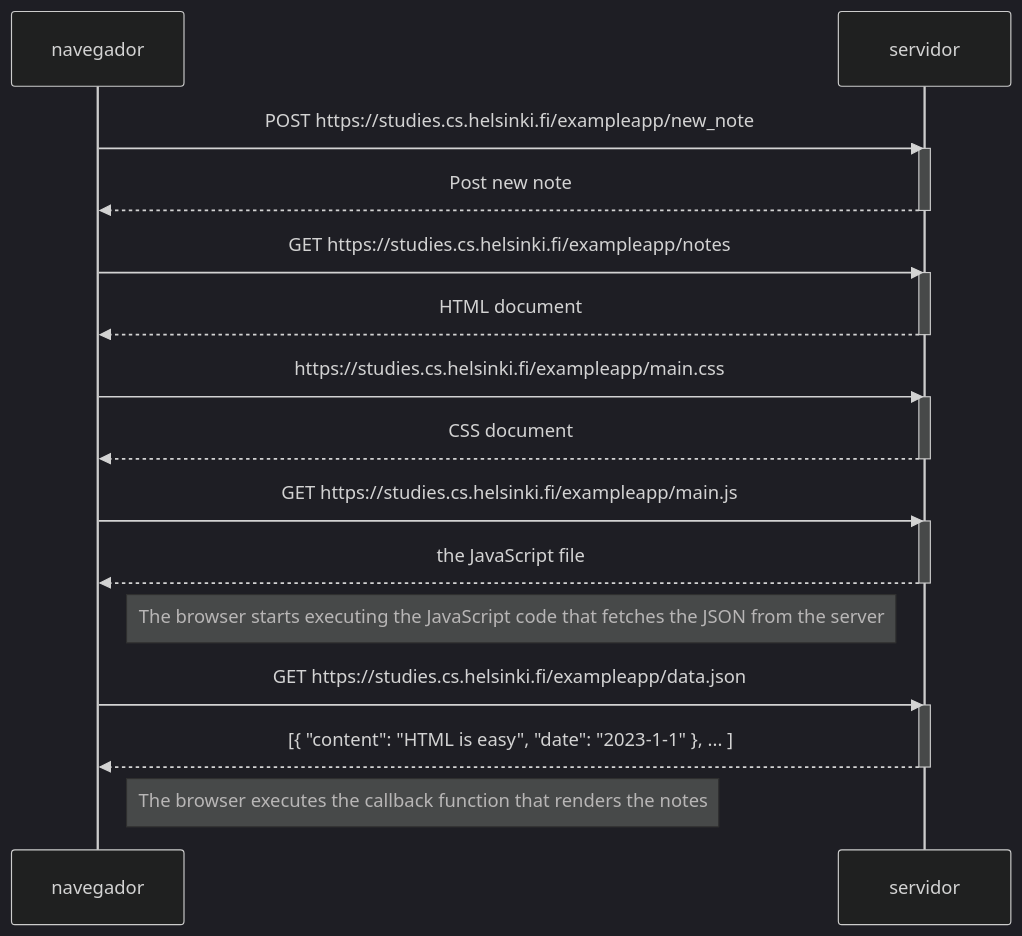
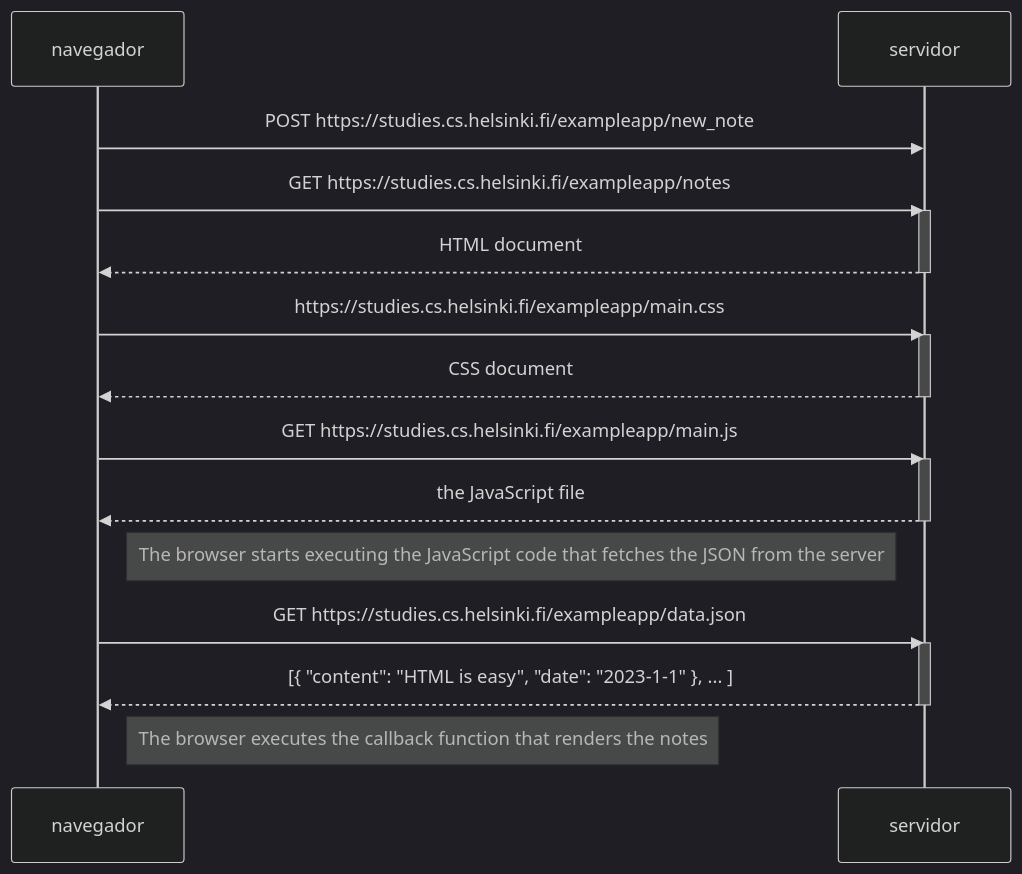
Before and after one commit to juancarloscalvo/fullstackopen: the diagram in part0/exercise-4.MD, drawn with Mermaid (dark theme).

````diff
--- a/part0/exercise-4.MD
+++ b/part0/exercise-4.MD
@@ -1,35 +1,31 @@
 ```mermaid
 sequenceDiagram
     participant navegador
     participant servidor
 
     navegador->>servidor: POST https://studies.cs.helsinki.fi/exampleapp/new_note
-    activate servidor
-    servidor-->>navegador: Post new note
-    deactivate servidor
-
     navegador->>servidor: GET https://studies.cs.helsinki.fi/exampleapp/notes
     activate servidor
     servidor-->>navegador: HTML document
     deactivate servidor
 
     navegador->>servidor: https://studies.cs.helsinki.fi/exampleapp/main.css
     activate servidor
     servidor-->>navegador: CSS document
     deactivate servidor
 
     navegador->>servidor: GET https://studies.cs.helsinki.fi/exampleapp/main.js
     activate servidor
     servidor-->>navegador: the JavaScript file
     deactivate servidor
 
     Note right of navegador: The browser starts executing the JavaScript code that fetches the JSON from the server
 
     navegador->>servidor: GET https://studies.cs.helsinki.fi/exampleapp/data.json
     activate servidor
     servidor-->>navegador: [{ "content": "HTML is easy", "date": "2023-1-1" }, ... ]
     deactivate servidor
 
     Note right of navegador: The browser executes the callback function that renders the notes
 
 ```
````
